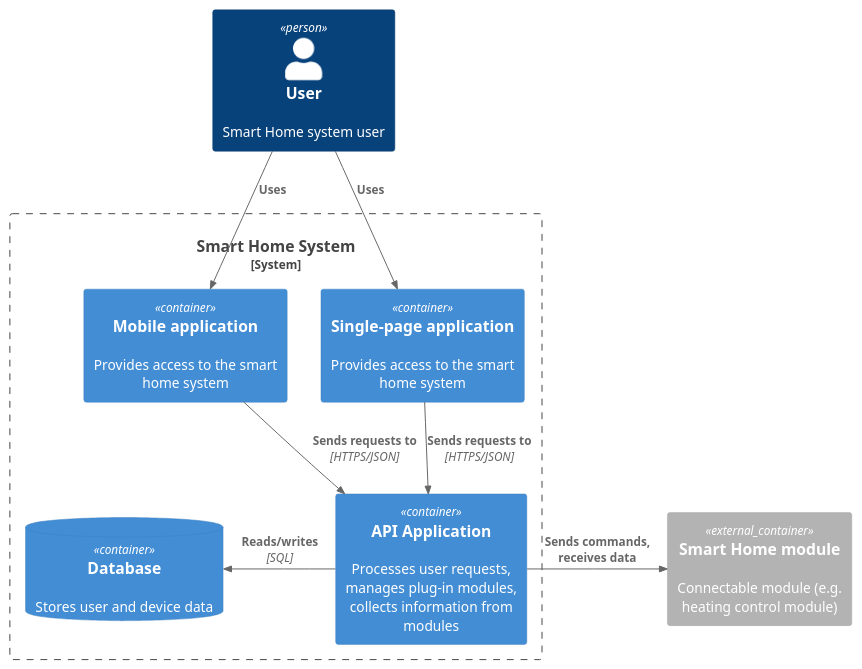
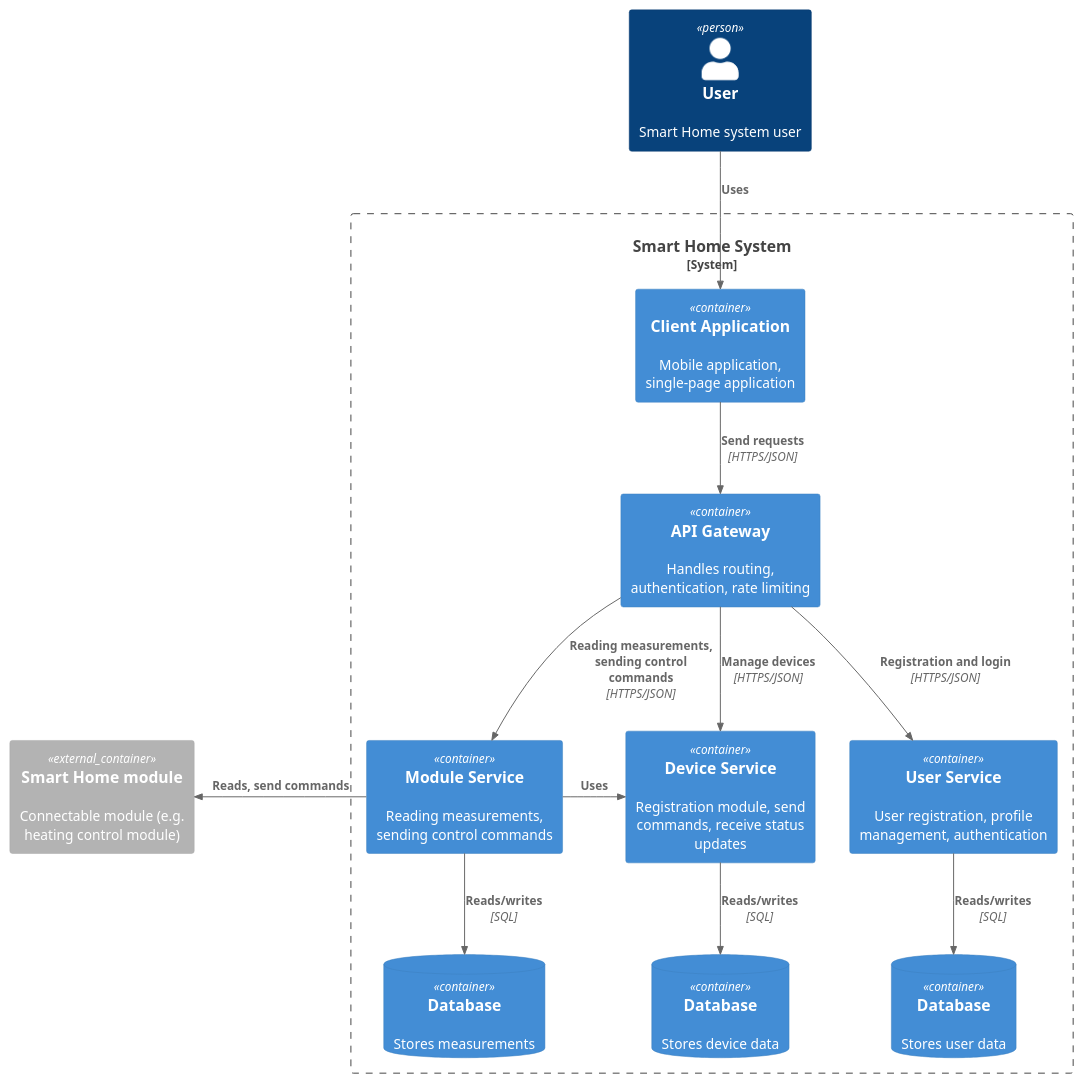
One commit to Madm1key/architecture-warmhouse changed the diagram in diagram/container/SmartHome_Container.puml. Above: the diagram before and after it, drawn with PlantUML. The commit also changed 3 other files, not shown here.

```diff
--- a/diagram/container/SmartHome_Container.puml
+++ b/diagram/container/SmartHome_Container.puml
@@ -1,24 +1,33 @@
 @startuml
 !include https://raw.githubusercontent.com/plantuml-stdlib/C4-PlantUML/master/C4_Container.puml
 
 Person(user, "User", "Smart Home system user")
 
 System_Boundary(s, "Smart Home System") {
-  Container(mobileApp, "Mobile application", $descr="Provides access to the smart home system")
-  Container(spa, "Single-page application", $descr="Provides access to the smart home system")
-  Container(api, "API Application", $descr="Processes user requests, manages plug-in modules, collects information from modules")
+  Container(client, "Client Application", $descr="Mobile application, single-page application")
+  Container(gateway, "API Gateway", $descr="Handles routing, authentication, rate limiting")
+  Container(userService, "User Service", $descr="User registration, profile management, authentication")
+  Container(moduleService, "Module Service", $descr="Reading measurements, sending control commands")
+  Container(deviceService, "Device Service", $descr="Registration module, send commands, receive status updates")
 
-  ContainerDb(db, "Database", $descr="Stores user and device data")
+  ContainerDb(userDb, "Database", $descr="Stores user data")
+  ContainerDb(deviceDb, "Database", $descr="Stores device data")
+  ContainerDb(moduleDb, "Database", $descr="Stores measurements")
 }
 
 Container_Ext(module, "Smart Home module", $descr="Connectable module (e.g. heating control module)")
 
-Rel(user, mobileApp, "Uses")
-Rel(user, spa, "Uses")
+Rel(user, client, "Uses")
 
-Rel(mobileApp, api, "Sends requests to", "HTTPS/JSON")
-Rel(spa, api, "Sends requests to", "HTTPS/JSON")
+Rel(client, gateway, "Send requests", "HTTPS/JSON")
+Rel(gateway, userService, "Registration and login", "HTTPS/JSON")
+Rel(gateway, deviceService, "Manage devices", "HTTPS/JSON")
+Rel(gateway, moduleService, "Reading measurements, sending control commands", "HTTPS/JSON")
 
-Rel_L(api, db, "Reads/writes", "SQL")
-Rel_R(api, module, "Sends commands, receives data")
+Rel_L(moduleService, module, "Reads, send commands")
+Rel_Neighbor(moduleService, deviceService, "Uses")
+
+Rel(userService, userDb, "Reads/writes", "SQL")
+Rel(deviceService, deviceDb, "Reads/writes", "SQL")
+Rel(moduleService, moduleDb, "Reads/writes", "SQL")
 @enduml
```
